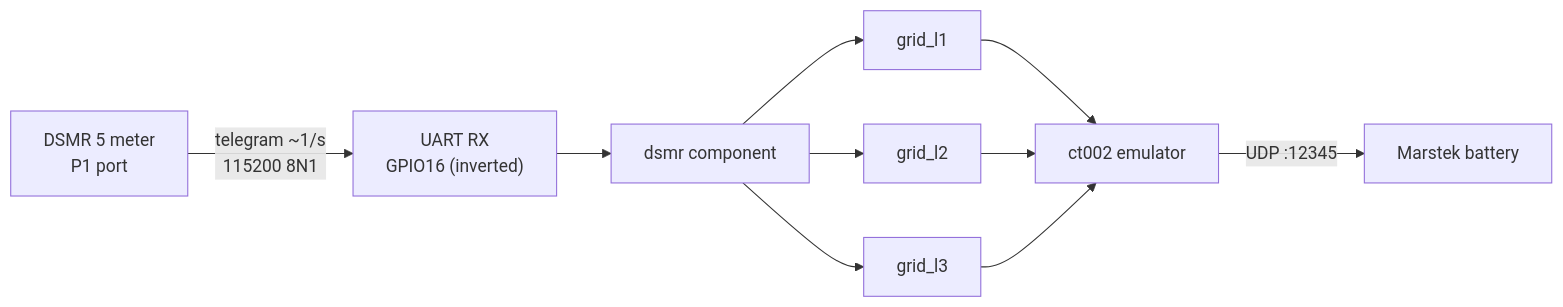
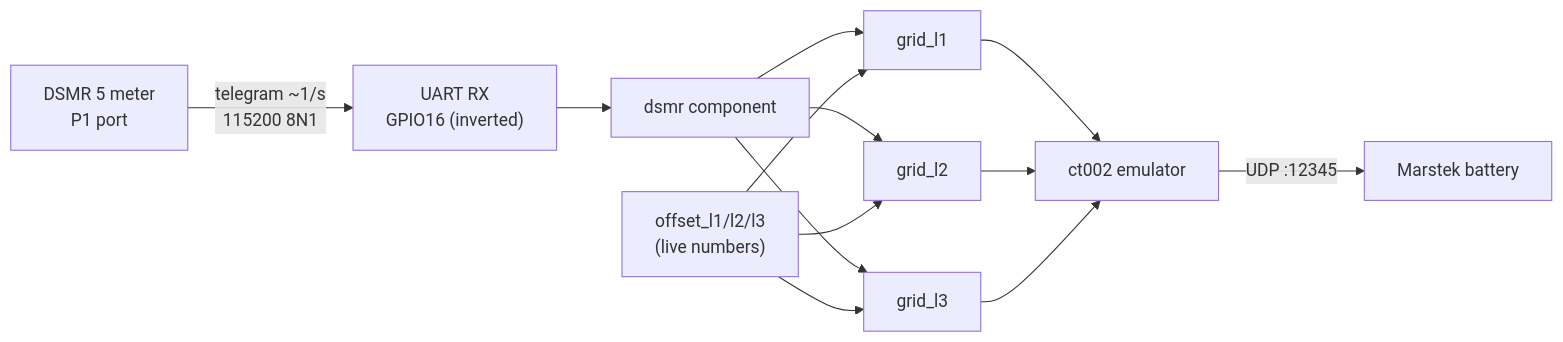
One commit to Maart3nL/esphome-astrameter-dsmr changed the first of 2 diagrams in README.md. Above: the diagram before and after it, drawn with Mermaid. The commit also changed other lines of this file and 1 other file, not shown here.

````diff
--- a/README.md
+++ b/README.md
@@ -33,12 +56,13 @@
 ```mermaid
 flowchart LR
     MET["DSMR 5 meter<br/>P1 port"] -->|"telegram ~1/s<br/>115200 8N1"| RX["UART RX<br/>GPIO16 (inverted)"]
     RX --> DSMR["dsmr component"]
     DSMR --> L1["grid_l1"]
     DSMR --> L2["grid_l2"]
     DSMR --> L3["grid_l3"]
+    OFF["offset_l1/l2/l3<br/>(live numbers)"] --> L1 & L2 & L3
     L1 --> CT["ct002 emulator"]
     L2 --> CT
     L3 --> CT
     CT -->|"UDP :12345"| BAT["Marstek battery"]
 ```
````
